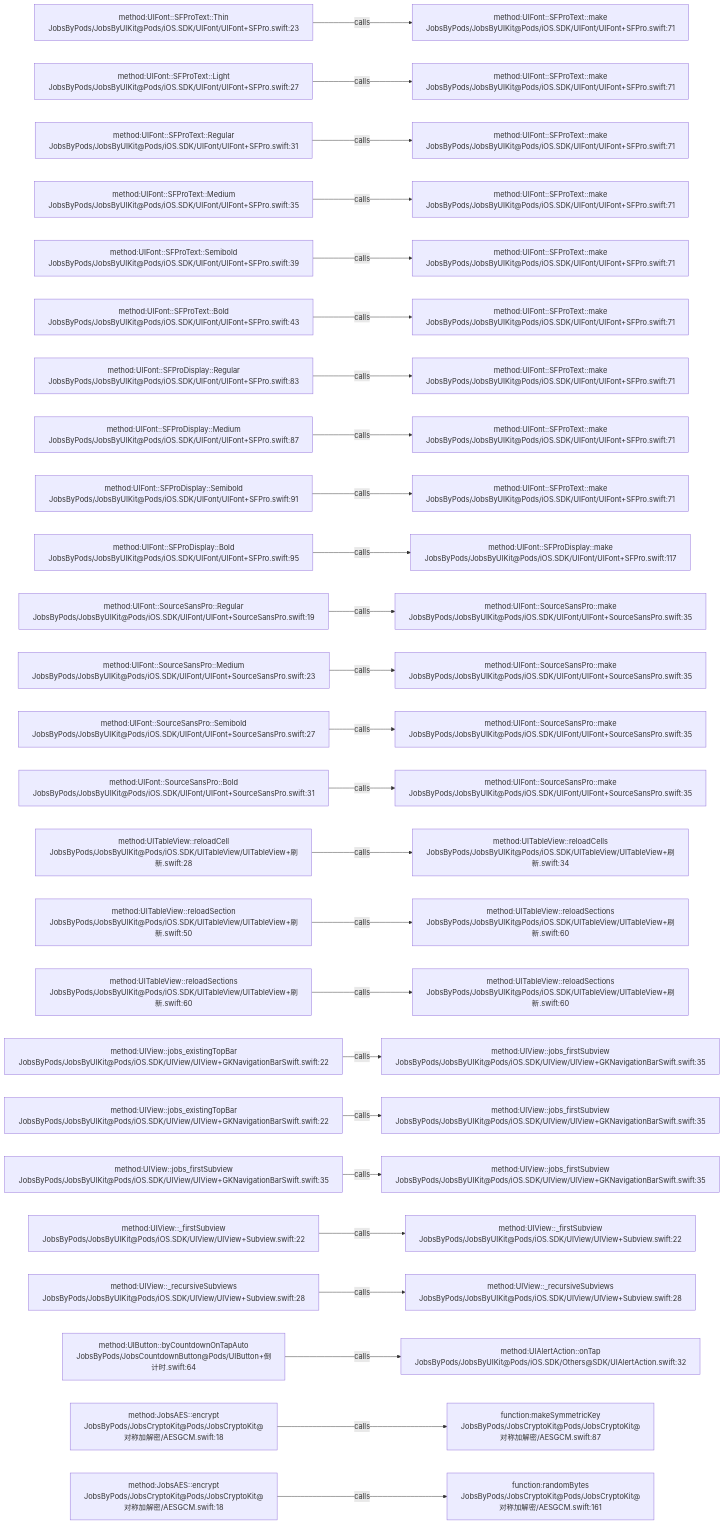
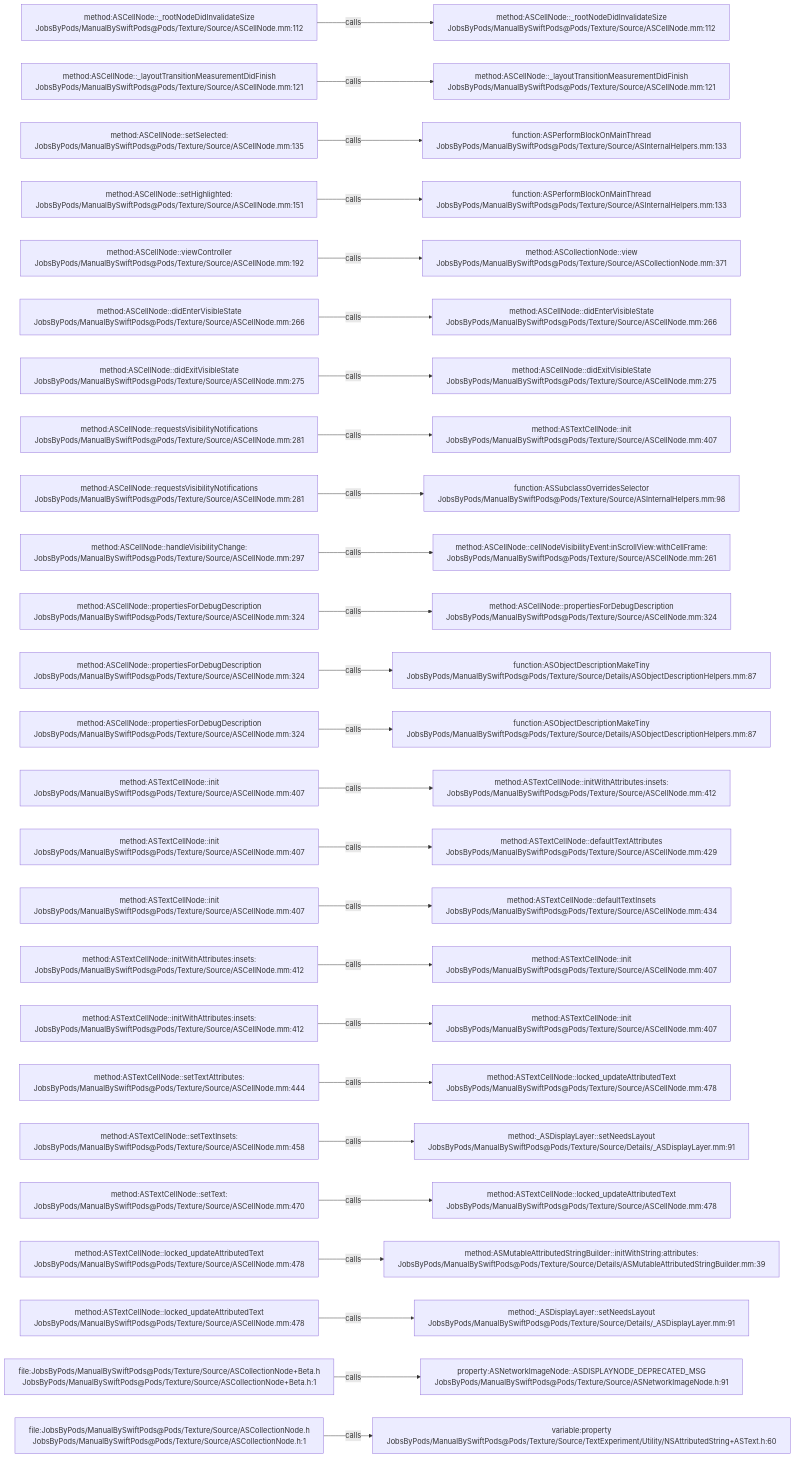
Before and after one commit to JobsKits/JobsSwiftBaseConfigDemo: the diagram in .codegraph/codegraph.md/graphs/calls-005.md, drawn with Mermaid. The commit also changed 832 other files, not shown here.

````diff
--- a/.codegraph/codegraph.md/graphs/calls-005.md
+++ b/.codegraph/codegraph.md/graphs/calls-005.md
@@ -13,78 +13,78 @@
 ```mermaid
 flowchart LR
-  S1["method:UIFont::SFProText::Thin<br/>JobsByPods/JobsByUIKit@Pods/iOS.SDK/UIFont/UIFont+SFPro.swift:23"]
-  T1["method:UIFont::SFProText::make<br/>JobsByPods/JobsByUIKit@Pods/iOS.SDK/UIFont/UIFont+SFPro.swift:71"]
+  S1["method:ASCellNode::_rootNodeDidInvalidateSize<br/>JobsByPods/ManualBySwiftPods@Pods/Texture/Source/ASCellNode.mm:112"]
+  T1["method:ASCellNode::_rootNodeDidInvalidateSize<br/>JobsByPods/ManualBySwiftPods@Pods/Texture/Source/ASCellNode.mm:112"]
   S1 -->|calls| T1
-  S2["method:UIFont::SFProText::Light<br/>JobsByPods/JobsByUIKit@Pods/iOS.SDK/UIFont/UIFont+SFPro.swift:27"]
-  T2["method:UIFont::SFProText::make<br/>JobsByPods/JobsByUIKit@Pods/iOS.SDK/UIFont/UIFont+SFPro.swift:71"]
+  S2["method:ASCellNode::_layoutTransitionMeasurementDidFinish<br/>JobsByPods/ManualBySwiftPods@Pods/Texture/Source/ASCellNode.mm:121"]
+  T2["method:ASCellNode::_layoutTransitionMeasurementDidFinish<br/>JobsByPods/ManualBySwiftPods@Pods/Texture/Source/ASCellNode.mm:121"]
   S2 -->|calls| T2
-  S3["method:UIFont::SFProText::Regular<br/>JobsByPods/JobsByUIKit@Pods/iOS.SDK/UIFont/UIFont+SFPro.swift:31"]
-  T3["method:UIFont::SFProText::make<br/>JobsByPods/JobsByUIKit@Pods/iOS.SDK/UIFont/UIFont+SFPro.swift:71"]
+  S3["method:ASCellNode::setSelected:<br/>JobsByPods/ManualBySwiftPods@Pods/Texture/Source/ASCellNode.mm:135"]
+  T3["function:ASPerformBlockOnMainThread<br/>JobsByPods/ManualBySwiftPods@Pods/Texture/Source/ASInternalHelpers.mm:133"]
   S3 -->|calls| T3
-  S4["method:UIFont::SFProText::Medium<br/>JobsByPods/JobsByUIKit@Pods/iOS.SDK/UIFont/UIFont+SFPro.swift:35"]
-  T4["method:UIFont::SFProText::make<br/>JobsByPods/JobsByUIKit@Pods/iOS.SDK/UIFont/UIFont+SFPro.swift:71"]
+  S4["method:ASCellNode::setHighlighted:<br/>JobsByPods/ManualBySwiftPods@Pods/Texture/Source/ASCellNode.mm:151"]
+  T4["function:ASPerformBlockOnMainThread<br/>JobsByPods/ManualBySwiftPods@Pods/Texture/Source/ASInternalHelpers.mm:133"]
   S4 -->|calls| T4
-  S5["method:UIFont::SFProText::Semibold<br/>JobsByPods/JobsByUIKit@Pods/iOS.SDK/UIFont/UIFont+SFPro.swift:39"]
-  T5["method:UIFont::SFProText::make<br/>JobsByPods/JobsByUIKit@Pods/iOS.SDK/UIFont/UIFont+SFPro.swift:71"]
+  S5["method:ASCellNode::viewController<br/>JobsByPods/ManualBySwiftPods@Pods/Texture/Source/ASCellNode.mm:192"]
+  T5["method:ASCollectionNode::view<br/>JobsByPods/ManualBySwiftPods@Pods/Texture/Source/ASCollectionNode.mm:371"]
   S5 -->|calls| T5
-  S6["method:UIFont::SFProText::Bold<br/>JobsByPods/JobsByUIKit@Pods/iOS.SDK/UIFont/UIFont+SFPro.swift:43"]
-  T6["method:UIFont::SFProText::make<br/>JobsByPods/JobsByUIKit@Pods/iOS.SDK/UIFont/UIFont+SFPro.swift:71"]
+  S6["method:ASCellNode::didEnterVisibleState<br/>JobsByPods/ManualBySwiftPods@Pods/Texture/Source/ASCellNode.mm:266"]
+  T6["method:ASCellNode::didEnterVisibleState<br/>JobsByPods/ManualBySwiftPods@Pods/Texture/Source/ASCellNode.mm:266"]
   S6 -->|calls| T6
-  S7["method:UIFont::SFProDisplay::Regular<br/>JobsByPods/JobsByUIKit@Pods/iOS.SDK/UIFont/UIFont+SFPro.swift:83"]
-  T7["method:UIFont::SFProText::make<br/>JobsByPods/JobsByUIKit@Pods/iOS.SDK/UIFont/UIFont+SFPro.swift:71"]
+  S7["method:ASCellNode::didExitVisibleState<br/>JobsByPods/ManualBySwiftPods@Pods/Texture/Source/ASCellNode.mm:275"]
+  T7["method:ASCellNode::didExitVisibleState<br/>JobsByPods/ManualBySwiftPods@Pods/Texture/Source/ASCellNode.mm:275"]
   S7 -->|calls| T7
-  S8["method:UIFont::SFProDisplay::Medium<br/>JobsByPods/JobsByUIKit@Pods/iOS.SDK/UIFont/UIFont+SFPro.swift:87"]
-  T8["method:UIFont::SFProText::make<br/>JobsByPods/JobsByUIKit@Pods/iOS.SDK/UIFont/UIFont+SFPro.swift:71"]
+  S8["method:ASCellNode::requestsVisibilityNotifications<br/>JobsByPods/ManualBySwiftPods@Pods/Texture/Source/ASCellNode.mm:281"]
+  T8["method:ASTextCellNode::init<br/>JobsByPods/ManualBySwiftPods@Pods/Texture/Source/ASCellNode.mm:407"]
   S8 -->|calls| T8
-  S9["method:UIFont::SFProDisplay::Semibold<br/>JobsByPods/JobsByUIKit@Pods/iOS.SDK/UIFont/UIFont+SFPro.swift:91"]
-  T9["method:UIFont::SFProText::make<br/>JobsByPods/JobsByUIKit@Pods/iOS.SDK/UIFont/UIFont+SFPro.swift:71"]
+  S9["method:ASCellNode::requestsVisibilityNotifications<br/>JobsByPods/ManualBySwiftPods@Pods/Texture/Source/ASCellNode.mm:281"]
+  T9["function:ASSubclassOverridesSelector<br/>JobsByPods/ManualBySwiftPods@Pods/Texture/Source/ASInternalHelpers.mm:98"]
   S9 -->|calls| T9
-  S10["method:UIFont::SFProDisplay::Bold<br/>JobsByPods/JobsByUIKit@Pods/iOS.SDK/UIFont/UIFont+SFPro.swift:95"]
-  T10["method:UIFont::SFProDisplay::make<br/>JobsByPods/JobsByUIKit@Pods/iOS.SDK/UIFont/UIFont+SFPro.swift:117"]
+  S10["method:ASCellNode::handleVisibilityChange:<br/>JobsByPods/ManualBySwiftPods@Pods/Texture/Source/ASCellNode.mm:297"]
+  T10["method:ASCellNode::cellNodeVisibilityEvent:inScrollView:withCellFrame:<br/>JobsByPods/ManualBySwiftPods@Pods/Texture/Source/ASCellNode.mm:261"]
   S10 -->|calls| T10
-  S11["method:UIFont::SourceSansPro::Regular<br/>JobsByPods/JobsByUIKit@Pods/iOS.SDK/UIFont/UIFont+SourceSansPro.swift:19"]
-  T11["method:UIFont::SourceSansPro::make<br/>JobsByPods/JobsByUIKit@Pods/iOS.SDK/UIFont/UIFont+SourceSansPro.swift:35"]
+  S11["method:ASCellNode::propertiesForDebugDescription<br/>JobsByPods/ManualBySwiftPods@Pods/Texture/Source/ASCellNode.mm:324"]
+  T11["method:ASCellNode::propertiesForDebugDescription<br/>JobsByPods/ManualBySwiftPods@Pods/Texture/Source/ASCellNode.mm:324"]
   S11 -->|calls| T11
-  S12["method:UIFont::SourceSansPro::Medium<br/>JobsByPods/JobsByUIKit@Pods/iOS.SDK/UIFont/UIFont+SourceSansPro.swift:23"]
-  T12["method:UIFont::SourceSansPro::make<br/>JobsByPods/JobsByUIKit@Pods/iOS.SDK/UIFont/UIFont+SourceSansPro.swift:35"]
+  S12["method:ASCellNode::propertiesForDebugDescription<br/>JobsByPods/ManualBySwiftPods@Pods/Texture/Source/ASCellNode.mm:324"]
+  T12["function:ASObjectDescriptionMakeTiny<br/>JobsByPods/ManualBySwiftPods@Pods/Texture/Source/Details/ASObjectDescriptionHelpers.mm:87"]
   S12 -->|calls| T12
-  S13["method:UIFont::SourceSansPro::Semibold<br/>JobsByPods/JobsByUIKit@Pods/iOS.SDK/UIFont/UIFont+SourceSansPro.swift:27"]
-  T13["method:UIFont::SourceSansPro::make<br/>JobsByPods/JobsByUIKit@Pods/iOS.SDK/UIFont/UIFont+SourceSansPro.swift:35"]
+  S13["method:ASCellNode::propertiesForDebugDescription<br/>JobsByPods/ManualBySwiftPods@Pods/Texture/Source/ASCellNode.mm:324"]
+  T13["function:ASObjectDescriptionMakeTiny<br/>JobsByPods/ManualBySwiftPods@Pods/Texture/Source/Details/ASObjectDescriptionHelpers.mm:87"]
   S13 -->|calls| T13
-  S14["method:UIFont::SourceSansPro::Bold<br/>JobsByPods/JobsByUIKit@Pods/iOS.SDK/UIFont/UIFont+SourceSansPro.swift:31"]
-  T14["method:UIFont::SourceSansPro::make<br/>JobsByPods/JobsByUIKit@Pods/iOS.SDK/UIFont/UIFont+SourceSansPro.swift:35"]
+  S14["method:ASTextCellNode::init<br/>JobsByPods/ManualBySwiftPods@Pods/Texture/Source/ASCellNode.mm:407"]
+  T14["method:ASTextCellNode::initWithAttributes:insets:<br/>JobsByPods/ManualBySwiftPods@Pods/Texture/Source/ASCellNode.mm:412"]
   S14 -->|calls| T14
-  S15["method:UITableView::reloadCell<br/>JobsByPods/JobsByUIKit@Pods/iOS.SDK/UITableView/UITableView+刷新.swift:28"]
-  T15["method:UITableView::reloadCells<br/>JobsByPods/JobsByUIKit@Pods/iOS.SDK/UITableView/UITableView+刷新.swift:34"]
+  S15["method:ASTextCellNode::init<br/>JobsByPods/ManualBySwiftPods@Pods/Texture/Source/ASCellNode.mm:407"]
+  T15["method:ASTextCellNode::defaultTextAttributes<br/>JobsByPods/ManualBySwiftPods@Pods/Texture/Source/ASCellNode.mm:429"]
   S15 -->|calls| T15
-  S16["method:UITableView::reloadSection<br/>JobsByPods/JobsByUIKit@Pods/iOS.SDK/UITableView/UITableView+刷新.swift:50"]
-  T16["method:UITableView::reloadSections<br/>JobsByPods/JobsByUIKit@Pods/iOS.SDK/UITableView/UITableView+刷新.swift:60"]
+  S16["method:ASTextCellNode::init<br/>JobsByPods/ManualBySwiftPods@Pods/Texture/Source/ASCellNode.mm:407"]
+  T16["method:ASTextCellNode::defaultTextInsets<br/>JobsByPods/ManualBySwiftPods@Pods/Texture/Source/ASCellNode.mm:434"]
   S16 -->|calls| T16
-  S17["method:UITableView::reloadSections<br/>JobsByPods/JobsByUIKit@Pods/iOS.SDK/UITableView/UITableView+刷新.swift:60"]
-  T17["method:UITableView::reloadSections<br/>JobsByPods/JobsByUIKit@Pods/iOS.SDK/UITableView/UITableView+刷新.swift:60"]
+  S17["method:ASTextCellNode::initWithAttributes:insets:<br/>JobsByPods/ManualBySwiftPods@Pods/Texture/Source/ASCellNode.mm:412"]
+  T17["method:ASTextCellNode::init<br/>JobsByPods/ManualBySwiftPods@Pods/Texture/Source/ASCellNode.mm:407"]
   S17 -->|calls| T17
-  S18["method:UIView::jobs_existingTopBar<br/>JobsByPods/JobsByUIKit@Pods/iOS.SDK/UIView/UIView+GKNavigationBarSwift.swift:22"]
-  T18["method:UIView::jobs_firstSubview<br/>JobsByPods/JobsByUIKit@Pods/iOS.SDK/UIView/UIView+GKNavigationBarSwift.swift:35"]
+  S18["method:ASTextCellNode::initWithAttributes:insets:<br/>JobsByPods/ManualBySwiftPods@Pods/Texture/Source/ASCellNode.mm:412"]
+  T18["method:ASTextCellNode::init<br/>JobsByPods/ManualBySwiftPods@Pods/Texture/Source/ASCellNode.mm:407"]
   S18 -->|calls| T18
-  S19["method:UIView::jobs_existingTopBar<br/>JobsByPods/JobsByUIKit@Pods/iOS.SDK/UIView/UIView+GKNavigationBarSwift.swift:22"]
-  T19["method:UIView::jobs_firstSubview<br/>JobsByPods/JobsByUIKit@Pods/iOS.SDK/UIView/UIView+GKNavigationBarSwift.swift:35"]
+  S19["method:ASTextCellNode::setTextAttributes:<br/>JobsByPods/ManualBySwiftPods@Pods/Texture/Source/ASCellNode.mm:444"]
+  T19["method:ASTextCellNode::locked_updateAttributedText<br/>JobsByPods/ManualBySwiftPods@Pods/Texture/Source/ASCellNode.mm:478"]
   S19 -->|calls| T19
-  S20["method:UIView::jobs_firstSubview<br/>JobsByPods/JobsByUIKit@Pods/iOS.SDK/UIView/UIView+GKNavigationBarSwift.swift:35"]
-  T20["method:UIView::jobs_firstSubview<br/>JobsByPods/JobsByUIKit@Pods/iOS.SDK/UIView/UIView+GKNavigationBarSwift.swift:35"]
+  S20["method:ASTextCellNode::setTextInsets:<br/>JobsByPods/ManualBySwiftPods@Pods/Texture/Source/ASCellNode.mm:458"]
+  T20["method:_ASDisplayLayer::setNeedsLayout<br/>JobsByPods/ManualBySwiftPods@Pods/Texture/Source/Details/_ASDisplayLayer.mm:91"]
   S20 -->|calls| T20
-  S21["method:UIView::_firstSubview<br/>JobsByPods/JobsByUIKit@Pods/iOS.SDK/UIView/UIView+Subview.swift:22"]
-  T21["method:UIView::_firstSubview<br/>JobsByPods/JobsByUIKit@Pods/iOS.SDK/UIView/UIView+Subview.swift:22"]
+  S21["method:ASTextCellNode::setText:<br/>JobsByPods/ManualBySwiftPods@Pods/Texture/Source/ASCellNode.mm:470"]
+  T21["method:ASTextCellNode::locked_updateAttributedText<br/>JobsByPods/ManualBySwiftPods@Pods/Texture/Source/ASCellNode.mm:478"]
   S21 -->|calls| T21
-  S22["method:UIView::_recursiveSubviews<br/>JobsByPods/JobsByUIKit@Pods/iOS.SDK/UIView/UIView+Subview.swift:28"]
-  T22["method:UIView::_recursiveSubviews<br/>JobsByPods/JobsByUIKit@Pods/iOS.SDK/UIView/UIView+Subview.swift:28"]
+  S22["method:ASTextCellNode::locked_updateAttributedText<br/>JobsByPods/ManualBySwiftPods@Pods/Texture/Source/ASCellNode.mm:478"]
+  T22["method:ASMutableAttributedStringBuilder::initWithString:attributes:<br/>JobsByPods/ManualBySwiftPods@Pods/Texture/Source/Details/ASMutableAttributedStringBuilder.mm:39"]
   S22 -->|calls| T22
-  S23["method:UIButton::byCountdownOnTapAuto<br/>JobsByPods/JobsCountdownButton@Pods/UIButton+倒计时.swift:64"]
-  T23["method:UIAlertAction::onTap<br/>JobsByPods/JobsByUIKit@Pods/iOS.SDK/Others@SDK/UIAlertAction.swift:32"]
+  S23["method:ASTextCellNode::locked_updateAttributedText<br/>JobsByPods/ManualBySwiftPods@Pods/Texture/Source/ASCellNode.mm:478"]
+  T23["method:_ASDisplayLayer::setNeedsLayout<br/>JobsByPods/ManualBySwiftPods@Pods/Texture/Source/Details/_ASDisplayLayer.mm:91"]
   S23 -->|calls| T23
-  S24["method:JobsAES::encrypt<br/>JobsByPods/JobsCryptoKit@Pods/JobsCryptoKit@对称加解密/AESGCM.swift:18"]
-  T24["function:makeSymmetricKey<br/>JobsByPods/JobsCryptoKit@Pods/JobsCryptoKit@对称加解密/AESGCM.swift:87"]
+  S24["file:JobsByPods/ManualBySwiftPods@Pods/Texture/Source/ASCollectionNode+Beta.h<br/>JobsByPods/ManualBySwiftPods@Pods/Texture/Source/ASCollectionNode+Beta.h:1"]
+  T24["property:ASNetworkImageNode::ASDISPLAYNODE_DEPRECATED_MSG<br/>JobsByPods/ManualBySwiftPods@Pods/Texture/Source/ASNetworkImageNode.h:91"]
   S24 -->|calls| T24
-  S25["method:JobsAES::encrypt<br/>JobsByPods/JobsCryptoKit@Pods/JobsCryptoKit@对称加解密/AESGCM.swift:18"]
-  T25["function:randomBytes<br/>JobsByPods/JobsCryptoKit@Pods/JobsCryptoKit@对称加解密/AESGCM.swift:161"]
+  S25["file:JobsByPods/ManualBySwiftPods@Pods/Texture/Source/ASCollectionNode.h<br/>JobsByPods/ManualBySwiftPods@Pods/Texture/Source/ASCollectionNode.h:1"]
+  T25["variable:property<br/>JobsByPods/ManualBySwiftPods@Pods/Texture/Source/TextExperiment/Utility/NSAttributedString+ASText.h:60"]
   S25 -->|calls| T25
 ```
````
